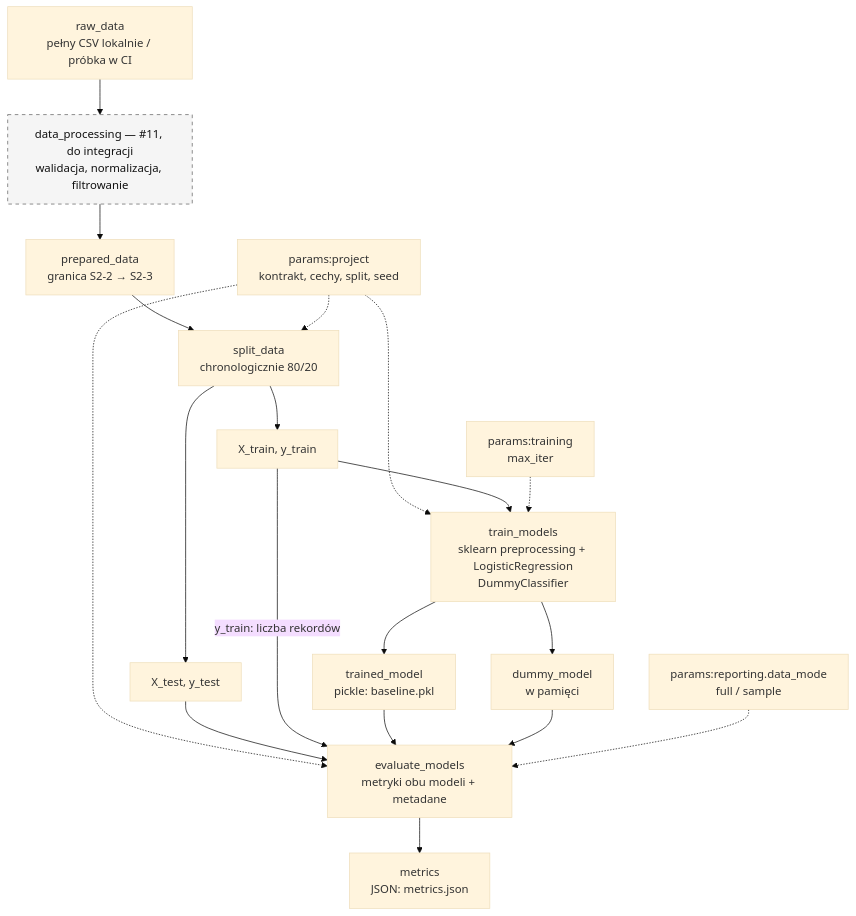
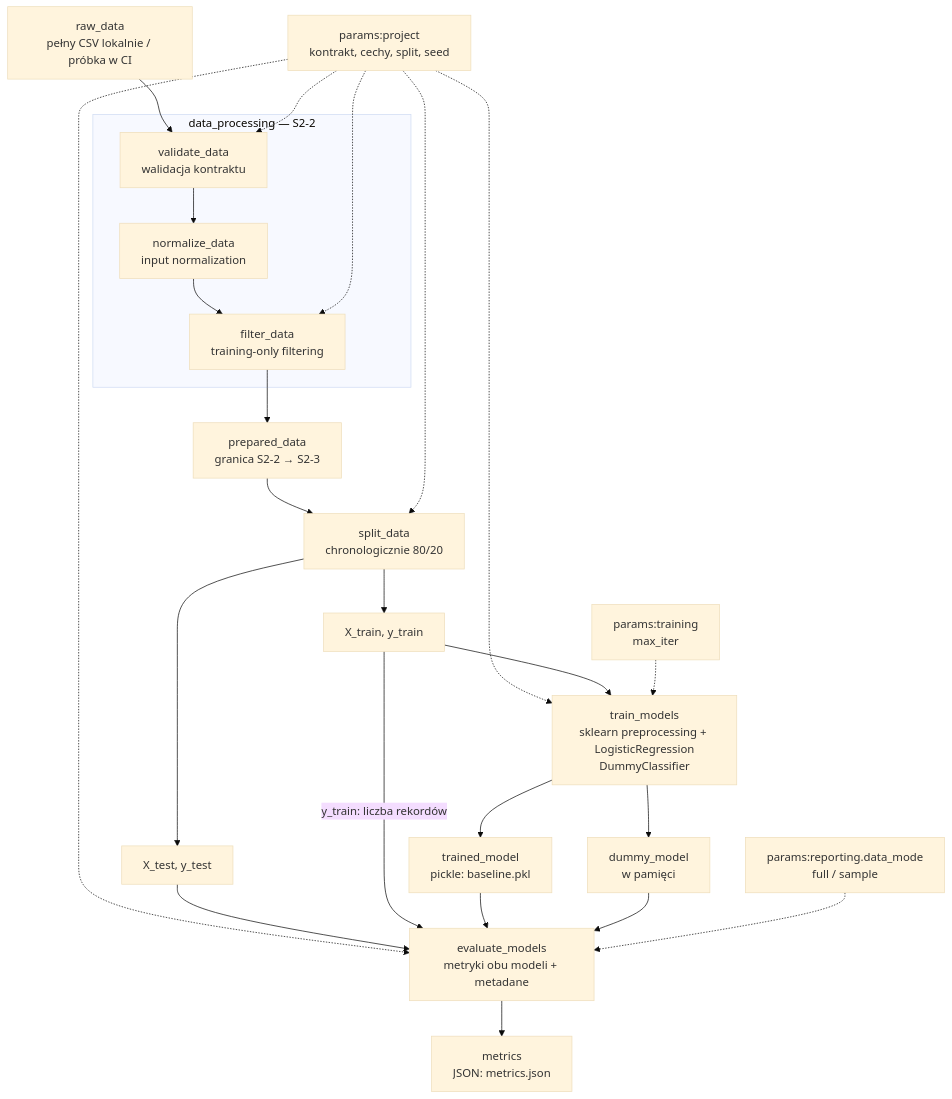
The second of 2 diagrams in docs/architecture.md (arrow501/ASI-s29379-s30253), drawn with Mermaid (base theme) before and after one commit. The commit also changed other lines of this file and 10 other files, not shown here.

````diff
--- a/docs/architecture.md
+++ b/docs/architecture.md
@@ -101,32 +100,39 @@
 ```mermaid
 flowchart TB
     RAW["raw_data<br/>pełny CSV lokalnie / próbka w CI"]
-    DP["data_processing — #11, do integracji<br/>walidacja, normalizacja, filtrowanie"]
+    subgraph DP["data_processing — S2-2"]
+        VALIDATE["validate_data<br/>walidacja kontraktu"]
+        NORMALIZE["normalize_data<br/>input normalization"]
+        FILTER["filter_data<br/>training-only filtering"]
+        VALIDATE --> NORMALIZE --> FILTER
+    end
     DATA["prepared_data<br/>granica S2-2 → S2-3"]
     PROJECT["params:project<br/>kontrakt, cechy, split, seed"]
     SPLIT["split_data<br/>chronologicznie 80/20"]
     TRAINSET["X_train, y_train"]
     TESTSET["X_test, y_test"]
     TRAIN["train_models<br/>sklearn preprocessing + LogisticRegression<br/>DummyClassifier"]
     LIMIT["params:training<br/>max_iter"]
     MODEL["trained_model<br/>pickle: baseline.pkl"]
     DUMMY["dummy_model<br/>w pamięci"]
     EVAL["evaluate_models<br/>metryki obu modeli + metadane"]
     MODE["params:reporting.data_mode<br/>full / sample"]
     METRICS["metrics<br/>JSON: metrics.json"]
 
-    RAW --> DP --> DATA --> SPLIT
+    RAW --> VALIDATE
+    FILTER --> DATA --> SPLIT
+    PROJECT -.-> VALIDATE
+    PROJECT -.-> FILTER
     PROJECT -.-> SPLIT
     PROJECT -.-> TRAIN
     PROJECT -.-> EVAL
     SPLIT --> TRAINSET --> TRAIN
     SPLIT --> TESTSET --> EVAL
     TRAINSET -->|"y_train: liczba rekordów"| EVAL
     LIMIT -.-> TRAIN
     TRAIN --> MODEL --> EVAL
     TRAIN --> DUMMY --> EVAL
     MODE -.-> EVAL
     EVAL --> METRICS
 
-    style DP fill:#f5f5f5,stroke:#616161,stroke-dasharray:5 5,color:#111
 ```
````
